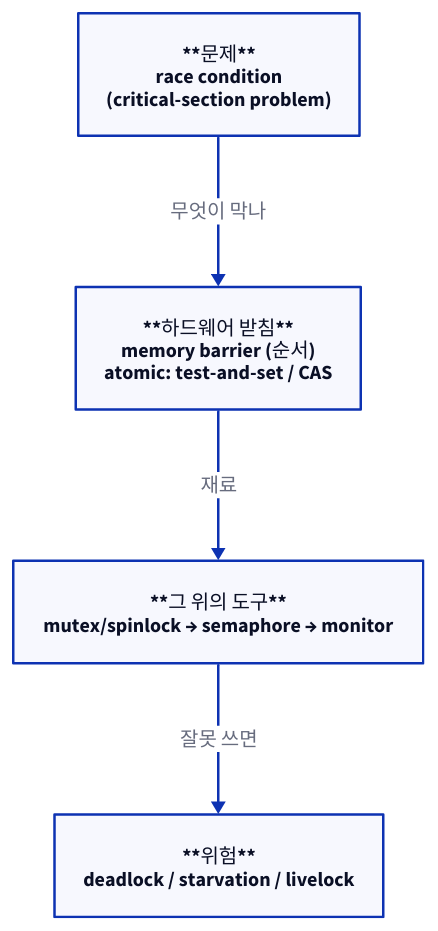
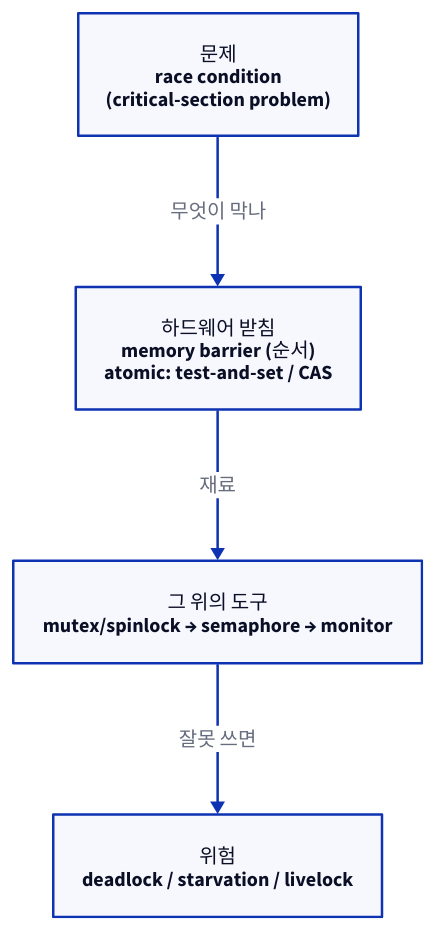
One commit to humbleowl39/DV_SKOOL changed the first of 3 diagrams in starlight_site/src/content/docs/os_for_dv/05_sync_memory_model_deadlock.md. Above: the diagram before and after it, drawn with D2. The commit also changed 714 other files, not shown here.

First line of the commit message:
fix(site): d2 다이어그램 가독성 결함 6종 일괄 수정

````diff
--- a/starlight_site/src/content/docs/os_for_dv/05_sync_memory_model_deadlock.md
+++ b/starlight_site/src/content/docs/os_for_dv/05_sync_memory_model_deadlock.md
@@ -38,12 +38,12 @@
 ```d2
 direction: down
 
-PROB: "**문제**\nrace condition\n(critical-section problem)"
-HW: "**하드웨어 받침**\nmemory barrier (순서)\natomic: test-and-set / CAS"
-TOOL: "**그 위의 도구**\nmutex/spinlock → semaphore → monitor"
-RISK: "**위험**\ndeadlock / starvation / livelock"
+PROB: "문제\nrace condition\n(critical-section problem)"
+HW: "하드웨어 받침\nmemory barrier (순서)\natomic: test-and-set / CAS"
+TOOL: "그 위의 도구\nmutex/spinlock → semaphore → monitor"
+RISK: "위험\ndeadlock / starvation / livelock"
 
 PROB -> HW: "무엇이 막나"
 HW -> TOOL: "재료"
 TOOL -> RISK: "잘못 쓰면"
 ```
````
